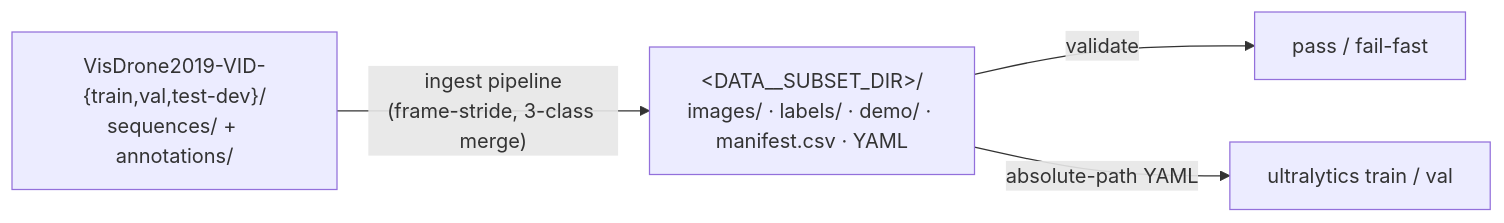
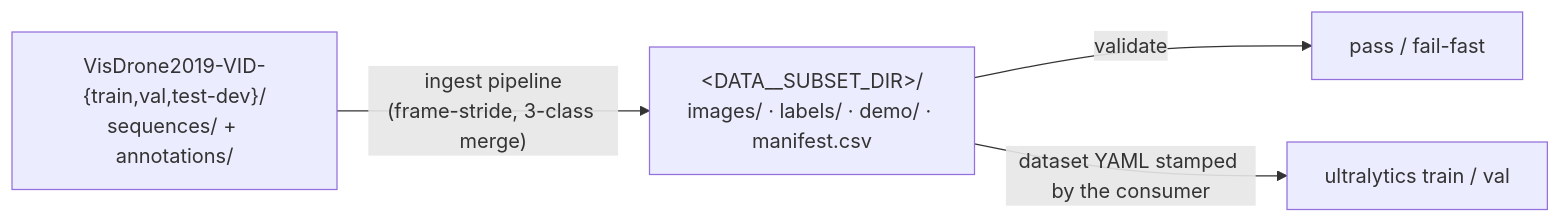
One commit to vtarasv/mlops-cv changed the diagram in docs/data.md. Above: the diagram before and after it, drawn with Mermaid. The commit also changed other lines of this file and 21 other files, not shown here.

````diff
--- a/docs/data.md
+++ b/docs/data.md
@@ -6,7 +6,7 @@
 ```mermaid
 flowchart LR
   raw["VisDrone2019-VID-{train,val,test-dev}/<br/>sequences/ + annotations/"]
-  raw -->|"ingest pipeline<br/>(frame-stride, 3-class merge)"| subset["&lt;DATA__SUBSET_DIR&gt;/<br/>images/ · labels/ · demo/ · manifest.csv · YAML"]
+  raw -->|"ingest pipeline<br/>(frame-stride, 3-class merge)"| subset["&lt;DATA__SUBSET_DIR&gt;/<br/>images/ · labels/ · demo/ · manifest.csv"]
   subset -->|validate| gate["pass / fail-fast"]
-  subset -->|absolute-path YAML| yolo["ultralytics train / val"]
+  subset -->|"dataset YAML stamped by the consumer"| yolo["ultralytics train / val"]
 ```
````
